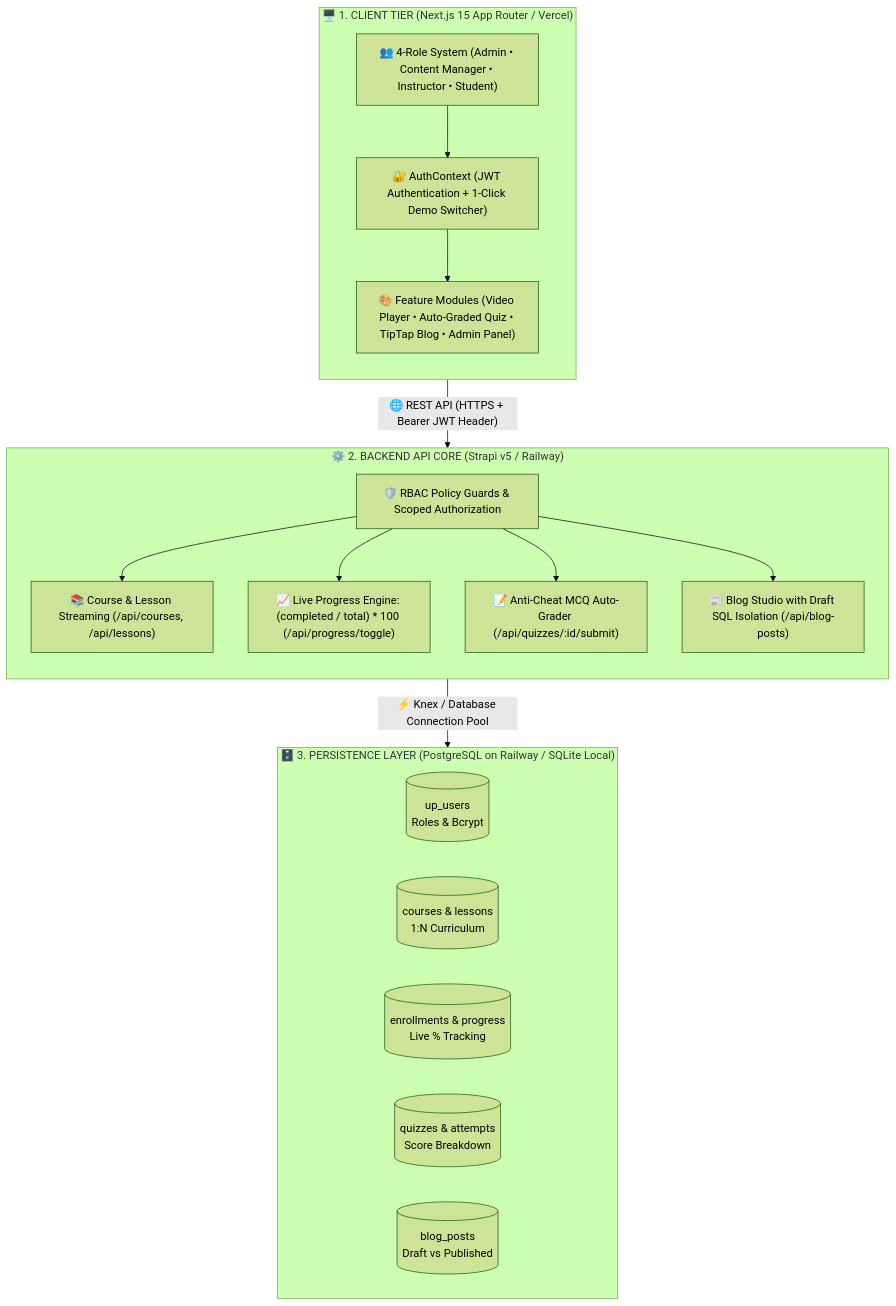
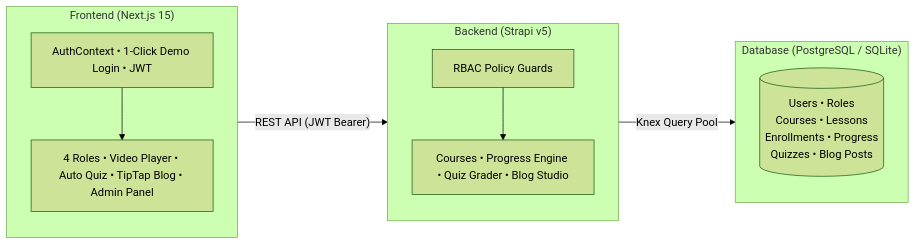
The diagram in README.md (ahad-cse/pathshala-lms), drawn with Mermaid (forest theme) before and after one commit. The commit also changed other lines of this file and 1 other file, not shown here.

Commit message:
chore: streamline architecture flowchart, sync monorepo tree, and remove unused Sidebar component

````diff
--- a/README.md
+++ b/README.md
@@ -24,38 +24,30 @@
 ```mermaid
-flowchart TD
+flowchart LR
     %% Client Tier
-    subgraph Client ["🖥️ 1. CLIENT TIER (Next.js 15 App Router / Vercel)"]
+    subgraph Client ["Frontend (Next.js 15)"]
         direction TB
-        Roles["👥 4-Role System (Admin • Content Manager • Instructor • Student)"]
-        AuthCtx["🔐 AuthContext (JWT Authentication + 1-Click Demo Switcher)"]
-        UI["🎨 Feature Modules (Video Player • Auto-Graded Quiz • TipTap Blog • Admin Panel)"]
-        Roles --> AuthCtx --> UI
+        Auth["AuthContext • 1-Click Demo Login • JWT"]
+        UI["4 Roles • Video Player • Auto Quiz • TipTap Blog • Admin Panel"]
+        Auth --> UI
     end
 
-    %% Transport Client -> Server
-    Client -->|"🌐 REST API (HTTPS + Bearer JWT Header)"| API
+    %% Transport 1
+    Client -->|"REST API (JWT Bearer)"| API
 
     %% Backend Tier
-    subgraph API ["⚙️ 2. BACKEND API CORE (Strapi v5 / Railway)"]
+    subgraph API ["Backend (Strapi v5)"]
         direction TB
-        RBAC["🛡️ RBAC Policy Guards & Scoped Authorization"]
-        M1["📚 Course & Lesson Streaming (/api/courses, /api/lessons)"]
-        M2["📈 Live Progress Engine: (completed / total) * 100 (/api/progress/toggle)"]
-        M3["📝 Anti-Cheat MCQ Auto-Grader (/api/quizzes/:id/submit)"]
-        M4["📰 Blog Studio with Draft SQL Isolation (/api/blog-posts)"]
-        RBAC --> M1 & M2 & M3 & M4
+        RBAC["RBAC Policy Guards"]
+        Services["Courses • Progress Engine • Quiz Grader • Blog Studio"]
+        RBAC --> Services
     end
 
-    %% Transport Server -> DB
-    API -->|"⚡ Knex / Database Connection Pool"| DB
+    %% Transport 2
+    API -->|"Knex Query Pool"| DB
 
     %% Database Tier
-    subgraph DB ["🗄️ 3. PERSISTENCE LAYER (PostgreSQL on Railway / SQLite Local)"]
-        direction LR
-        D1[("up_users<br/>Roles & Bcrypt")]
-        D2[("courses & lessons<br/>1:N Curriculum")]
-        D3[("enrollments & progress<br/>Live % Tracking")]
-        D4[("quizzes & attempts<br/>Score Breakdown")]
-        D5[("blog_posts<br/>Draft vs Published")]
+    subgraph DB ["Database (PostgreSQL / SQLite)"]
+        direction TB
+        Tables[("Users • Roles<br/>Courses • Lessons<br/>Enrollments • Progress<br/>Quizzes • Blog Posts")]
     end
 ```
````
